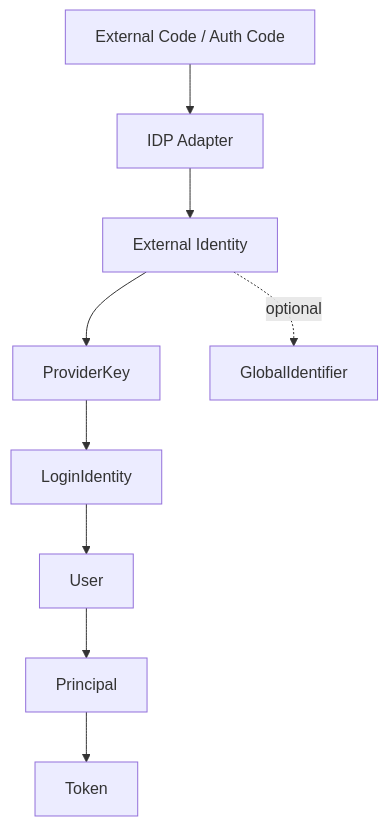
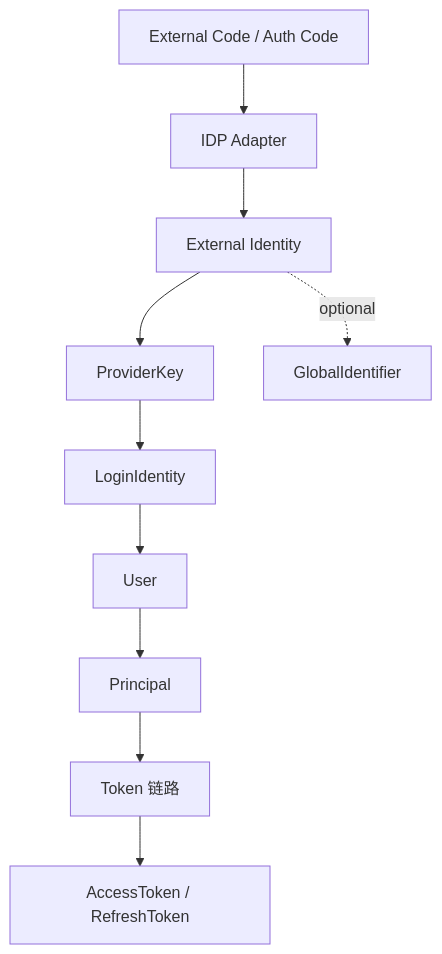
One commit to FangcunMount/iam changed the diagram in docs/02-认证AuthN/07-第三方登录与IDP协作-WeChat-WeCom.md. Above: the diagram before and after it, drawn with Mermaid. The commit also changed other lines of this file and 11 other files, not shown here.

````diff
--- a/docs/02-认证AuthN/07-第三方登录与IDP协作-WeChat-WeCom.md
+++ b/docs/02-认证AuthN/07-第三方登录与IDP协作-WeChat-WeCom.md
@@ -156,12 +164,13 @@
 ```mermaid
 flowchart TD
     A[External Code / Auth Code] --> B[IDP Adapter]
     B --> C[External Identity]
     C --> D[ProviderKey]
     D --> E[LoginIdentity]
     E --> F[User]
     F --> G[Principal]
-    G --> H[Token]
+    G --> H[Token 链路]
+    H --> I[AccessToken / RefreshToken]
 
-    C -. optional .-> I[GlobalIdentifier]
+    C -. optional .-> J[GlobalIdentifier]
 ```
````
